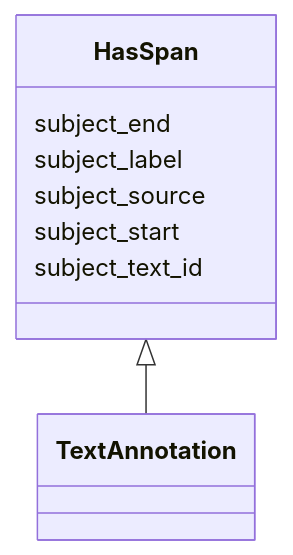
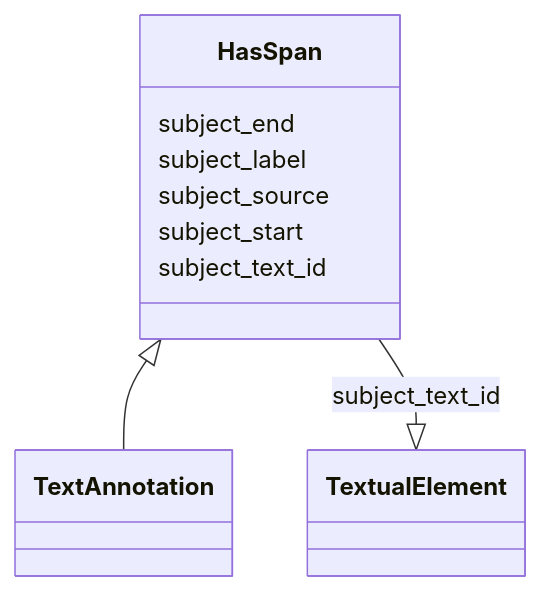
The diagram in text-annotator/HasSpan.md (cthoyt/ontology-access-kit), drawn with Mermaid before and after one commit. The commit also changed other lines of this file and 3287 other files, not shown here.

````diff
--- a/text-annotator/HasSpan.md
+++ b/text-annotator/HasSpan.md
@@ -9,12 +9,19 @@
 ```{mermaid}
  classDiagram
     class HasSpan
       HasSpan <|-- TextAnnotation
       
       HasSpan : subject_end
+        
       HasSpan : subject_label
+        
       HasSpan : subject_source
+        
       HasSpan : subject_start
+        
       HasSpan : subject_text_id
+        
+          HasSpan --|> TextualElement : subject_text_id
+        
       
 ```
````
